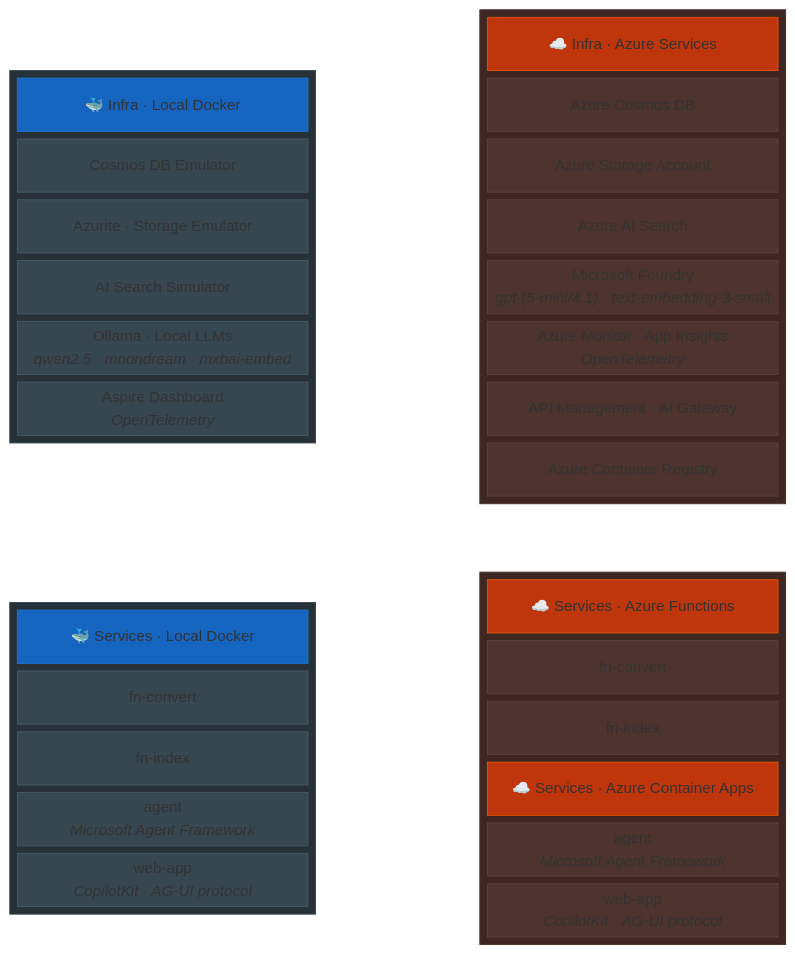
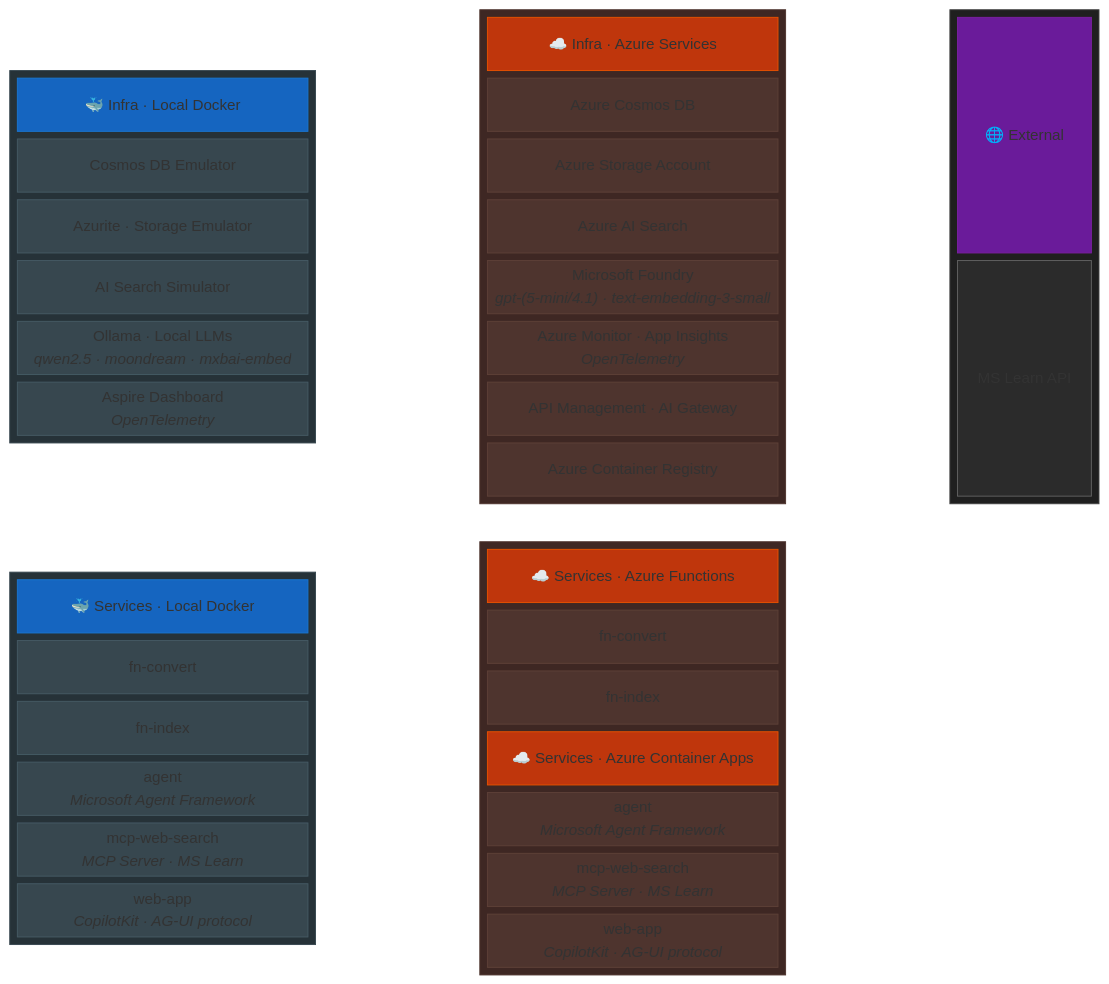
One commit to aldelar/context-aware-vision-grounded-kb-agent changed the first of 13 diagrams in README.md. Above: the diagram before and after it, drawn with Mermaid. The commit also changed other lines of this file and 68 other files, not shown here.

First line of the commit message:
feat: multi-agent handoff with orchestrator and MCP web search (#26)

````diff
--- a/README.md
+++ b/README.md
@@ -25,6 +25,6 @@
 ```mermaid
 block-beta
-  columns 5
+    columns 7
 
   block:DEV_INFRA:2
     columns 1
@@ -38,9 +38,9 @@
 
   space
 
-  block:PROD_INFRA:2
+    block:PROD_INFRA:2
     columns 1
-    PI_TITLE["☁️ Infra · Azure Services"]
+        PI_TITLE["☁️ Infra · Azure Services"]
     PI1["Azure Cosmos DB"]
     PI2["Azure Storage Account"]
     PI3["Azure AI Search"]
@@ -48,6 +48,14 @@
     PI5["Azure Monitor · App Insights<br/><i>OpenTelemetry</i>"]
     PI6["API Management · AI Gateway"]
     PI7["Azure Container Registry"]
+    end
+
+    space
+
+    block:EXT_DEP:1
+        columns 1
+        EX_TITLE["🌐 External"]
+        EX1["MS Learn API"]
   end
 
   block:DEV_SVC:2
@@ -56,6 +64,7 @@
     DS1["fn-convert"]
     DS2["fn-index"]
     DS3["agent<br/><i>Microsoft Agent Framework</i>"]
+    DS5["mcp-web-search<br/><i>MCP Server · MS Learn</i>"]
     DS4["web-app<br/><i>CopilotKit · AG-UI protocol</i>"]
   end
 
@@ -68,18 +77,21 @@
     PF2["fn-index"]
     PS_TITLE["☁️ Services · Azure Container Apps"]
     PS3["agent<br/><i>Microsoft Agent Framework</i>"]
+    PS5["mcp-web-search<br/><i>MCP Server · MS Learn</i>"]
     PS4["web-app<br/><i>CopilotKit · AG-UI protocol</i>"]
   end
 
   style DI_TITLE fill:#1565c0,stroke:#1976d2,color:#ffffff
   style DS_TITLE fill:#1565c0,stroke:#1976d2,color:#ffffff
-  style PI_TITLE fill:#bf360c,stroke:#e65100,color:#ffffff
+    style PI_TITLE fill:#bf360c,stroke:#e65100,color:#ffffff
+    style EX_TITLE fill:#6a1b9a,stroke:#7b1fa2,color:#ffffff
   style PF_TITLE fill:#bf360c,stroke:#e65100,color:#ffffff
   style PS_TITLE fill:#bf360c,stroke:#e65100,color:#ffffff
 
   style DEV_INFRA fill:#263238,stroke:#37474f,color:#cfd8dc
   style DEV_SVC fill:#263238,stroke:#37474f,color:#cfd8dc
-  style PROD_INFRA fill:#3e2723,stroke:#4e342e,color:#d7ccc8
+    style PROD_INFRA fill:#3e2723,stroke:#4e342e,color:#d7ccc8
+    style EXT_DEP fill:#1f1f1f,stroke:#424242,color:#e0e0e0
   style PROD_SVC fill:#3e2723,stroke:#4e342e,color:#d7ccc8
 
   style DI1 fill:#37474f,stroke:#455a64,color:#eceff1
@@ -95,14 +107,17 @@
   style PI5 fill:#4e342e,stroke:#5d4037,color:#efebe9
   style PI6 fill:#4e342e,stroke:#5d4037,color:#efebe9
   style PI7 fill:#4e342e,stroke:#5d4037,color:#efebe9
+    style EX1 fill:#2b2b2b,stroke:#616161,color:#f5f5f5
 
   style DS1 fill:#37474f,stroke:#455a64,color:#eceff1
   style DS2 fill:#37474f,stroke:#455a64,color:#eceff1
   style DS3 fill:#37474f,stroke:#455a64,color:#eceff1
   style DS4 fill:#37474f,stroke:#455a64,color:#eceff1
+  style DS5 fill:#37474f,stroke:#455a64,color:#eceff1
 
   style PF1 fill:#4e342e,stroke:#5d4037,color:#efebe9
   style PF2 fill:#4e342e,stroke:#5d4037,color:#efebe9
   style PS3 fill:#4e342e,stroke:#5d4037,color:#efebe9
   style PS4 fill:#4e342e,stroke:#5d4037,color:#efebe9
+  style PS5 fill:#4e342e,stroke:#5d4037,color:#efebe9
 ```
````
